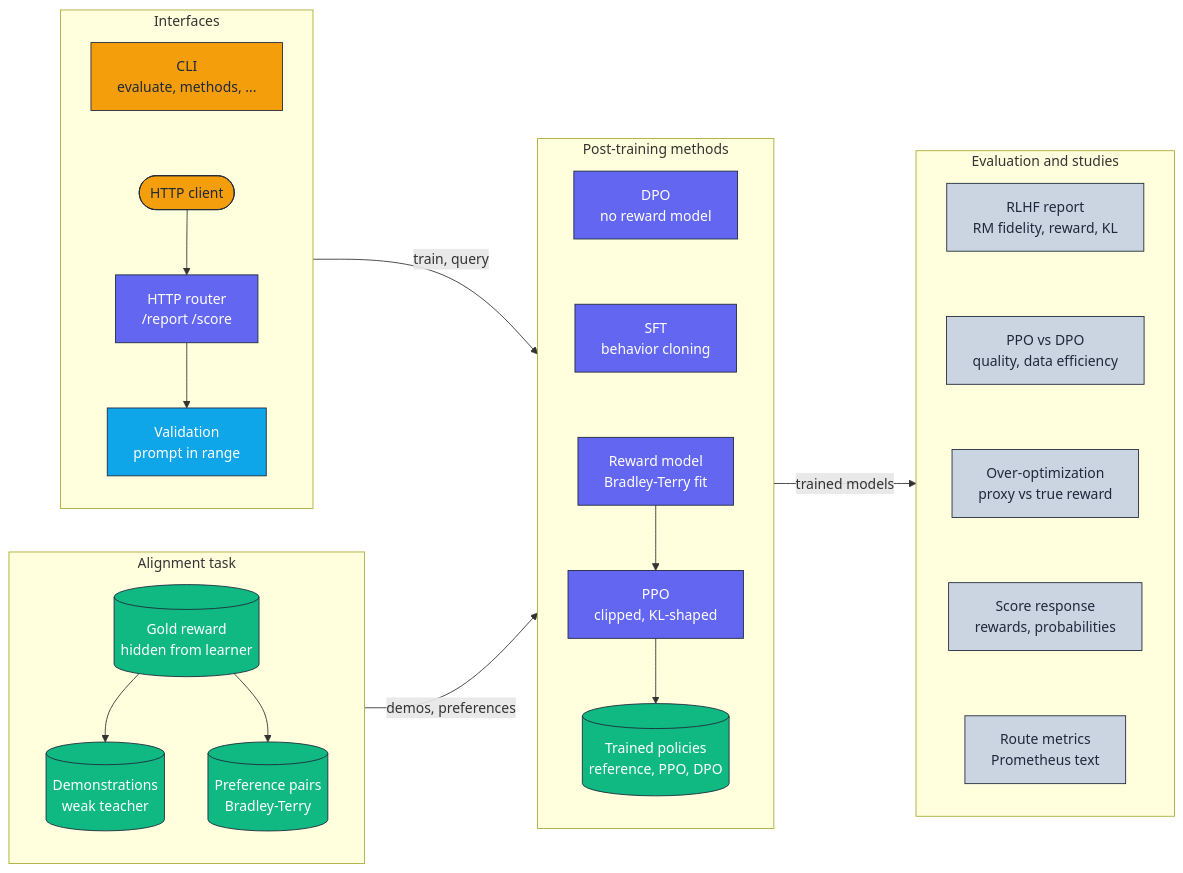
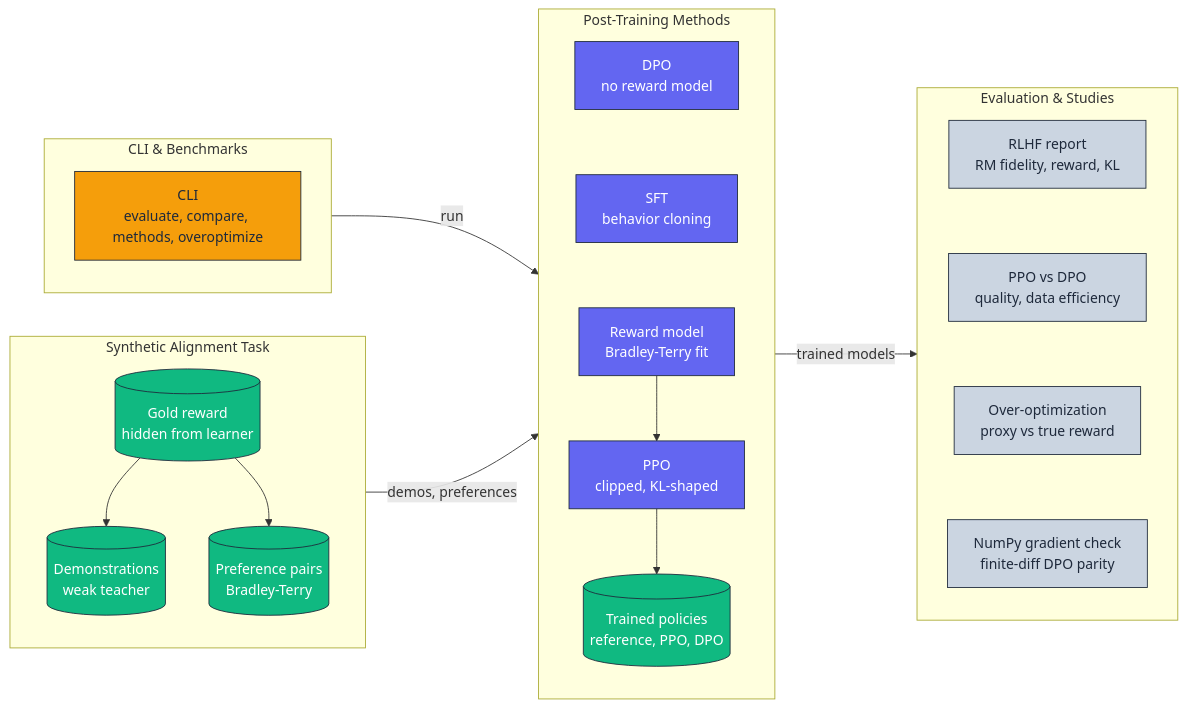
The diagram in docs/architecture/architecture.mmd (adeoluo/rlhf-reward-model), drawn with Mermaid before and after one commit. The commit also changed 26 other files, not shown here.

Commit message:
refactor: remove HTTP wrapper, container files, and boilerplate cards from synthetic study

```diff
--- a/docs/architecture/architecture.mmd
+++ b/docs/architecture/architecture.mmd
@@ -1,48 +1,42 @@
 flowchart LR
     classDef edge     fill:#F59E0B,stroke:#1E293B,color:#1E293B,stroke-width:1px;
     classDef core     fill:#6366F1,stroke:#1E293B,color:#ffffff,stroke-width:1px;
     classDef data     fill:#10B981,stroke:#1E293B,color:#ffffff,stroke-width:1px;
-    classDef control  fill:#0EA5E9,stroke:#1E293B,color:#ffffff,stroke-width:1px;
     classDef obs      fill:#CBD5E1,stroke:#1E293B,color:#1E293B,stroke-width:1px;
 
-    subgraph Interfaces["Interfaces"]
+    subgraph Interfaces["CLI & Benchmarks"]
         direction TB
-        CLI["CLI<br/>evaluate, methods, ..."]:::edge
-        Client(["HTTP client"]):::edge
-        Router["HTTP router<br/>/report /score"]:::core
-        Validate["Validation<br/>prompt in range"]:::control
-        CLI ~~~ Client --> Router --> Validate
+        CLI["CLI<br/>evaluate, compare, methods, overoptimize"]:::edge
     end
 
-    subgraph Task["Alignment task"]
+    subgraph Task["Synthetic Alignment Task"]
         direction TB
         Gold[("Gold reward<br/>hidden from learner")]:::data
         Demos[("Demonstrations<br/>weak teacher")]:::data
         Prefs[("Preference pairs<br/>Bradley-Terry")]:::data
         Gold --> Demos
         Gold --> Prefs
     end
 
-    subgraph Methods["Post-training methods"]
+    subgraph Methods["Post-Training Methods"]
         direction TB
         SFT["SFT<br/>behavior cloning"]:::core
         RM["Reward model<br/>Bradley-Terry fit"]:::core
         PPO["PPO<br/>clipped, KL-shaped"]:::core
         DPO["DPO<br/>no reward model"]:::core
         Policies[("Trained policies<br/>reference, PPO, DPO")]:::data
         DPO ~~~ SFT ~~~ RM --> PPO --> Policies
     end
 
-    subgraph Obs["Evaluation and studies"]
+    subgraph Obs["Evaluation & Studies"]
         direction TB
         Report["RLHF report<br/>RM fidelity, reward, KL"]:::obs
         Compare["PPO vs DPO<br/>quality, data efficiency"]:::obs
         Overopt["Over-optimization<br/>proxy vs true reward"]:::obs
-        Score["Score response<br/>rewards, probabilities"]:::obs
-        Metrics["Route metrics<br/>Prometheus text"]:::obs
-        Report ~~~ Compare ~~~ Overopt ~~~ Score ~~~ Metrics
+        Parity["NumPy gradient check<br/>finite-diff DPO parity"]:::obs
+        Report ~~~ Compare ~~~ Overopt ~~~ Parity
     end
 
-    Interfaces -->|train, query| Methods
+    Interfaces -->|run| Methods
     Task -->|demos, preferences| Methods
     Methods -->|trained models| Obs
```
